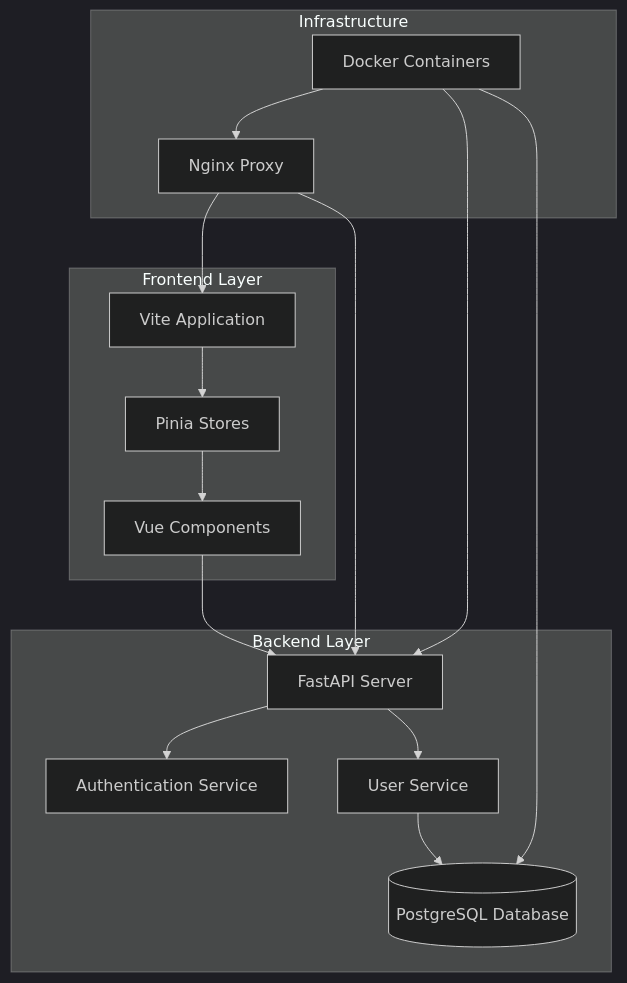
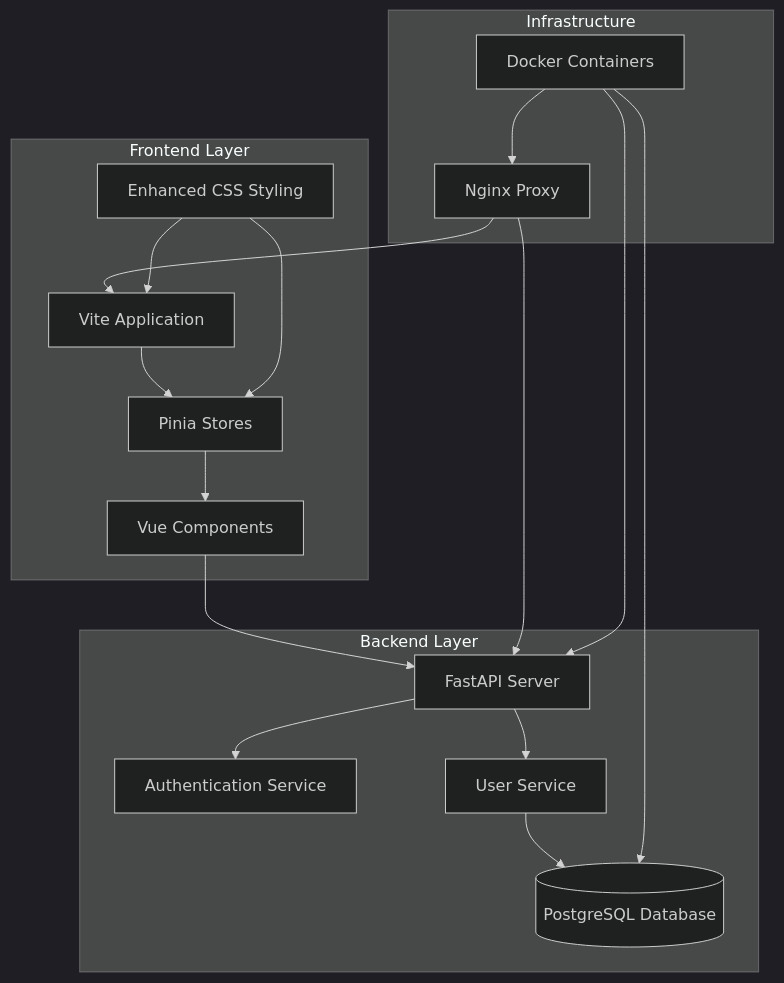
One commit to Nikita5543/New-SSO-02 changed the first of 12 diagrams in .qoder/repowiki/en/content/Per-User Background Image System.md. Above: the diagram before and after it, drawn with Mermaid (dark theme). The commit also changed other lines of this file and 1 other file, not shown here.

First line of the commit message:
feat(frontend): enhance background images with glassmorphism styling

````diff
--- a/.qoder/repowiki/en/content/Per-User Background Image System.md
+++ b/.qoder/repowiki/en/content/Per-User Background Image System.md
@@ -45,29 +56,32 @@
 ```mermaid
 graph TB
 subgraph "Frontend Layer"
 FE[Vite Application]
 Store[Pinia Stores]
 UI[Vue Components]
+CSS[Enhanced CSS Styling]
 end
 subgraph "Backend Layer"
 API[FastAPI Server]
 Auth[Authentication Service]
 UserSvc[User Service]
 DB[(PostgreSQL Database)]
 end
 subgraph "Infrastructure"
 Nginx[Nginx Proxy]
 Docker[Docker Containers]
 end
 FE --> Store
 Store --> UI
 UI --> API
 API --> Auth
 API --> UserSvc
 UserSvc --> DB
 Nginx --> API
 Nginx --> FE
 Docker --> Nginx
 Docker --> API
 Docker --> DB
+CSS --> FE
+CSS --> Store
 ```
````
